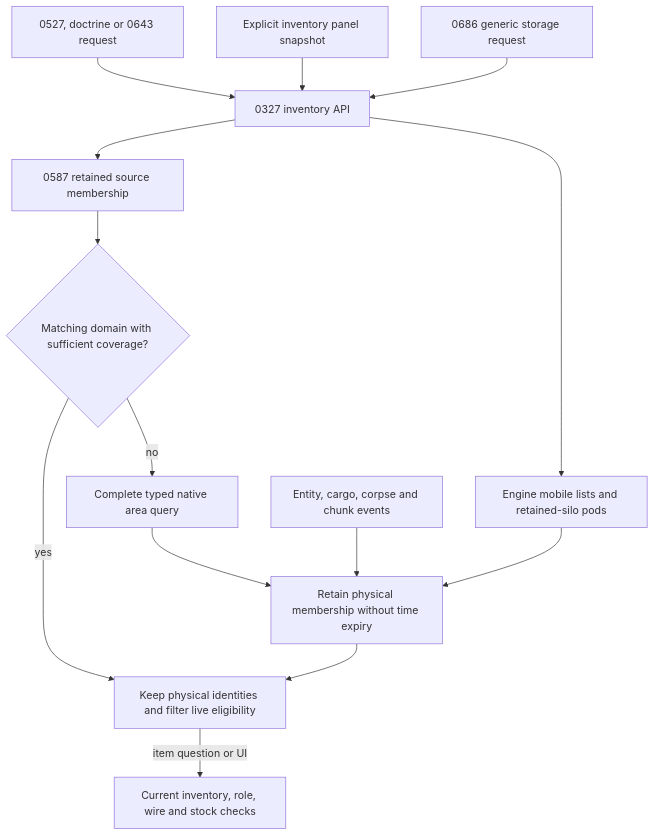
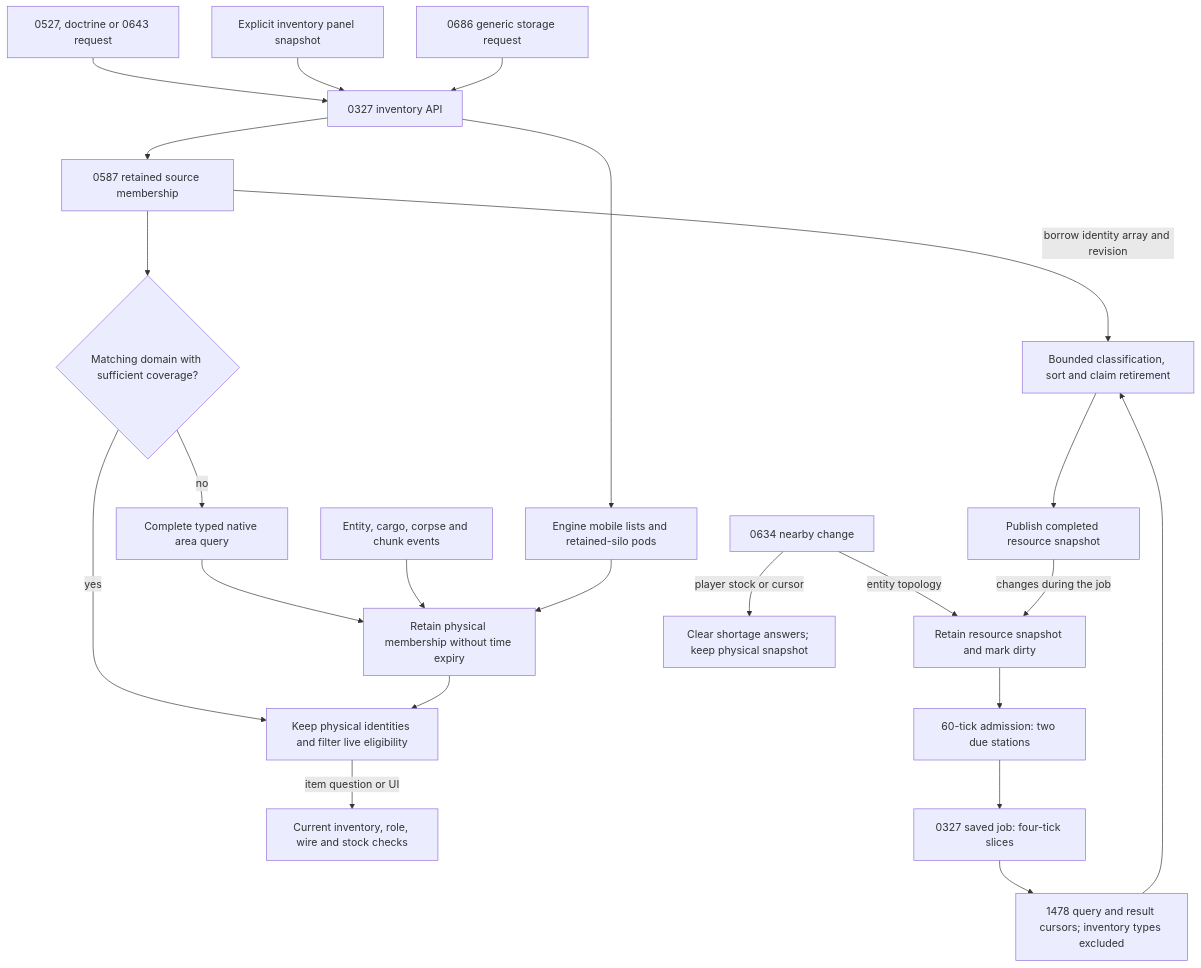
One commit to mrcalzon02/Tech-Priests changed the third of 3 diagrams in docs/BEHAVIOR_MERMAID_FUNCTION_DRILLDOWN_0661.md. Above: the diagram before and after it, drawn with Mermaid. The commit also changed other lines of this file and 34 other files, not shown here.

````diff
--- a/docs/BEHAVIOR_MERMAID_FUNCTION_DRILLDOWN_0661.md
+++ b/docs/BEHAVIOR_MERMAID_FUNCTION_DRILLDOWN_0661.md
@@ -68,16 +68,25 @@
 ```mermaid
 flowchart TD
     Request["0527, doctrine or 0643 request"] --> Inventory["0327 inventory API"]
     UI["Explicit inventory panel snapshot"] --> Inventory
     Inventory --> Membership["0587 retained source membership"]
     Storage["0686 generic storage request"] --> Inventory
     Membership --> Valid{"Matching domain with sufficient coverage?"}
     Valid -->|"yes"| View["Keep physical identities and filter live eligibility"]
     Valid -->|"no"| Query["Complete typed native area query"]
     Query --> Record["Retain physical membership without time expiry"]
     Record --> View
     Events["Entity, cargo, corpse and chunk events"] --> Record
     Inventory --> Engine["Engine mobile lists and retained-silo pods"]
     Engine --> Record
     View -->|"item question or UI"| Live["Current inventory, role, wire and stock checks"]
+    Changes["0634 nearby change"] -->|"entity topology"| Dirty["Retain resource snapshot and mark dirty"]
+    Changes -->|"player stock or cursor"| Conclusions["Clear shortage answers; keep physical snapshot"]
+    Dirty --> Admit["60-tick admission: two due stations"]
+    Admit --> Scan["0327 saved job: four-tick slices"]
+    Scan --> Survey["1478 query and result cursors; inventory types excluded"]
+    Survey --> Finish["Bounded classification, sort and claim retirement"]
+    Membership -->|"borrow identity array and revision"| Finish
+    Finish --> Snapshot["Publish completed resource snapshot"]
+    Snapshot -->|"changes during the job"| Dirty
 ```
````
